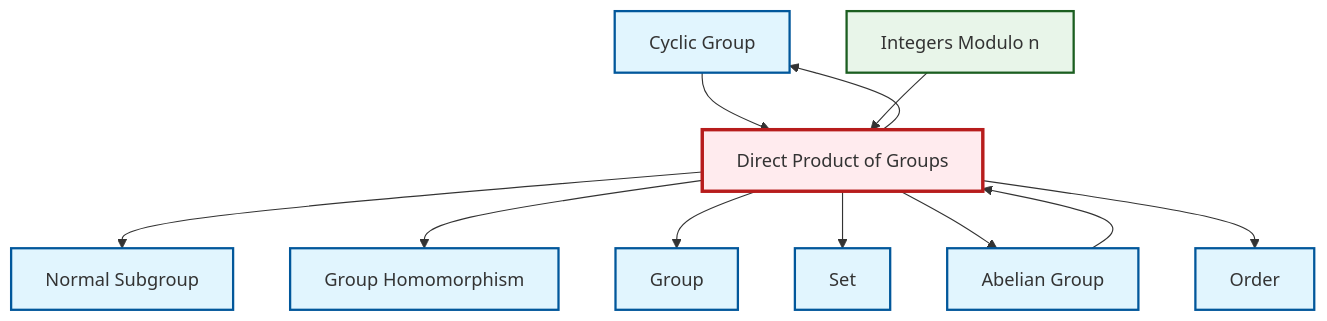
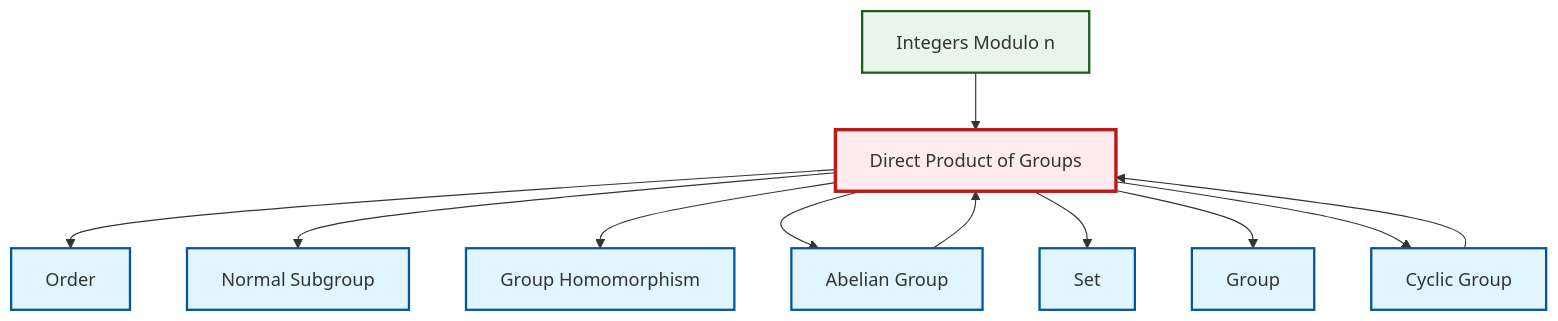
Before and after one commit to RK0429/ModernMath: the diagram in output/mermaid/en/def-direct-product.mermaid, drawn with Mermaid. The commit also changed other lines of this file and 1702 other files, not shown here.

```diff
--- a/output/mermaid/en/def-direct-product.mermaid
+++ b/output/mermaid/en/def-direct-product.mermaid
@@ -1,26 +1,26 @@
 graph TD
     classDef definition fill:#e1f5fe,stroke:#01579b,stroke-width:2px
     classDef theorem fill:#f3e5f5,stroke:#4a148c,stroke-width:2px
     classDef axiom fill:#fff3e0,stroke:#e65100,stroke-width:2px
     classDef example fill:#e8f5e9,stroke:#1b5e20,stroke-width:2px
     classDef current fill:#ffebee,stroke:#b71c1c,stroke-width:3px
+    def-order["Order"]:::definition
+    def-homomorphism["Group Homomorphism"]:::definition
+    def-direct-product["Direct Product of Groups"]:::definition
     def-cyclic-group["Cyclic Group"]:::definition
-    def-homomorphism["Group Homomorphism"]:::definition
+    def-abelian-group["Abelian Group"]:::definition
+    def-normal-subgroup["Normal Subgroup"]:::definition
+    def-set["Set"]:::definition
+    def-group["Group"]:::definition
     ex-quotient-integers-mod-n["Integers Modulo n"]:::example
-    def-abelian-group["Abelian Group"]:::definition
-    def-group["Group"]:::definition
-    def-set["Set"]:::definition
-    def-order["Order"]:::definition
-    def-direct-product["Direct Product of Groups"]:::definition
-    def-normal-subgroup["Normal Subgroup"]:::definition
+    def-direct-product --> def-order
     def-direct-product --> def-normal-subgroup
-    def-direct-product --> def-cyclic-group
     def-direct-product --> def-homomorphism
-    def-direct-product --> def-group
-    def-direct-product --> def-set
     def-direct-product --> def-abelian-group
     def-cyclic-group --> def-direct-product
-    def-direct-product --> def-order
     ex-quotient-integers-mod-n --> def-direct-product
+    def-direct-product --> def-set
     def-abelian-group --> def-direct-product
+    def-direct-product --> def-group
+    def-direct-product --> def-cyclic-group
     class def-direct-product current
```
